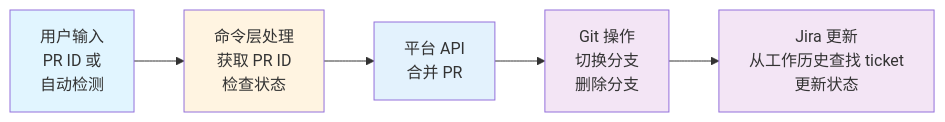
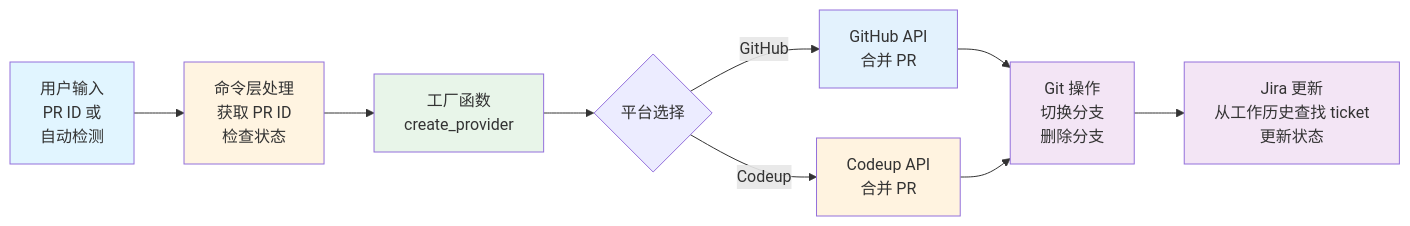
Before and after one commit to zevwings/workflow.rs: the third of 3 diagrams in docs/PR_ARCHITECTURE.md, drawn with Mermaid. The commit also changed other lines of this file and 24 other files, not shown here.

````diff
--- a/docs/PR_ARCHITECTURE.md
+++ b/docs/PR_ARCHITECTURE.md
@@ -839,13 +542,19 @@
 ```mermaid
 flowchart LR
     Input[用户输入<br/>PR ID 或<br/>自动检测] --> Command[命令层处理<br/>获取 PR ID<br/>检查状态]
-    Command --> API[平台 API<br/>合并 PR]
-    API --> Git[Git 操作<br/>切换分支<br/>删除分支]
+    Command --> Factory[工厂函数<br/>create_provider]
+    Factory --> Platform{平台选择}
+    Platform -->|GitHub| GitHubAPI[GitHub API<br/>合并 PR]
+    Platform -->|Codeup| CodeupAPI[Codeup API<br/>合并 PR]
+    GitHubAPI --> Git[Git 操作<br/>切换分支<br/>删除分支]
+    CodeupAPI --> Git
     Git --> Jira[Jira 更新<br/>从工作历史查找 ticket<br/>更新状态]
 
     style Input fill:#e1f5ff
     style Command fill:#fff4e1
-    style API fill:#e3f2fd
+    style Factory fill:#e8f5e9
+    style GitHubAPI fill:#e3f2fd
+    style CodeupAPI fill:#fff3e0
     style Git fill:#f3e5f5
     style Jira fill:#f3e5f5
 ```
````
